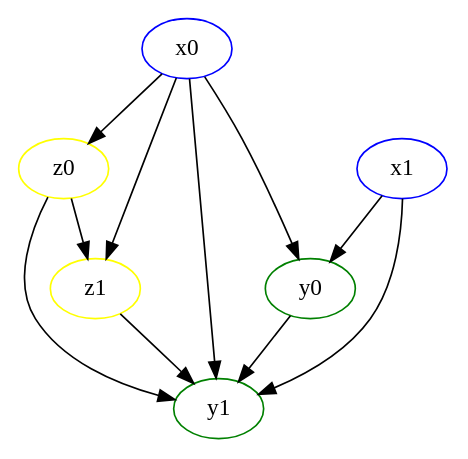
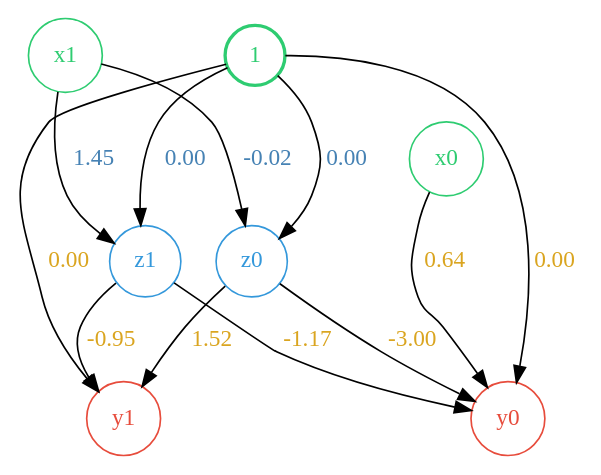
One commit to Two-Cats-Software-Organization/EvolutionaryAssignment3 changed the diagram in src_stable/fig/indi.dot. Above: the diagram before and after it, drawn with Graphviz. The commit also changed 3 other files, not shown here.

```diff
--- a/src_stable/fig/indi.dot
+++ b/src_stable/fig/indi.dot
@@ -1,18 +1,20 @@
 strict digraph  {
-0 [color=blue, label=x0];
-1 [color=blue, label=x1];
-2 [bias="0.0", color=yellow, label=z0];
-3 [bias="0.0", color=yellow, label=z1];
-5 [bias="0.0", color=green, label=y0];
-6 [bias="0.0", color=green, label=y1];
-0 -> 2  [weight="2.3085408210754395"];
-0 -> 3  [weight="1.4650938510894775"];
-0 -> 5  [weight="-0.4646283686161041"];
-0 -> 6  [weight="3.1828784942626953"];
-1 -> 5  [weight="-3.118049144744873"];
-1 -> 6  [weight="2.6702349185943604"];
-2 -> 3  [weight="1.5466747283935547"];
-2 -> 6  [weight="-0.6217336654663086"];
-3 -> 6  [weight="-0.9584930539131165"];
-5 -> 6  [weight="0.1353924423456192"];
+"-1" [color="#2ecc71", fontcolor="#2ecc71", label=1, shape=circle, style=bold];
+0 [color="#2ecc71", fontcolor="#2ecc71", label=x0, shape=circle, style=wedged];
+1 [color="#2ecc71", fontcolor="#2ecc71", label=x1, shape=circle, style=wedged];
+2 [bias="0.0", color="#3498db", fontcolor="#3498db", label=z0, shape=circle, style=wedged];
+4 [bias="0.0", color="#3498db", fontcolor="#3498db", label=z1, shape=circle, style=wedged];
+5 [bias="0.0", color="#e74c3c", fontcolor="#e74c3c", label=y0, shape=circle, style=wedged];
+6 [bias="0.0", color="#e74c3c", fontcolor="#e74c3c", label=y1, shape=circle, style=wedged];
+"-1" -> 2  [bias="0.0", fontcolor=steelblue, label="0.00"];
+"-1" -> 4  [bias="0.0", fontcolor=steelblue, label="0.00"];
+"-1" -> 5  [bias="0.0", fontcolor=goldenrod, label="0.00"];
+"-1" -> 6  [bias="0.0", fontcolor=goldenrod, label="0.00"];
+0 -> 5  [fontcolor=goldenrod, label="0.64", weight="0.6430624723434448"];
+1 -> 2  [fontcolor=steelblue, label="-0.02", weight="-0.02343861013650894"];
+1 -> 4  [fontcolor=steelblue, label="1.45", weight="1.4481706619262695"];
+2 -> 5  [fontcolor=goldenrod, label="-3.00", weight="-3.0010249614715576"];
+2 -> 6  [fontcolor=goldenrod, label="1.52", weight="1.5225626230239868"];
+4 -> 5  [fontcolor=goldenrod, label="-1.17", weight="-1.1684983968734741"];
+4 -> 6  [fontcolor=goldenrod, label="-0.95", weight="-0.9476726055145264"];
 }
```
